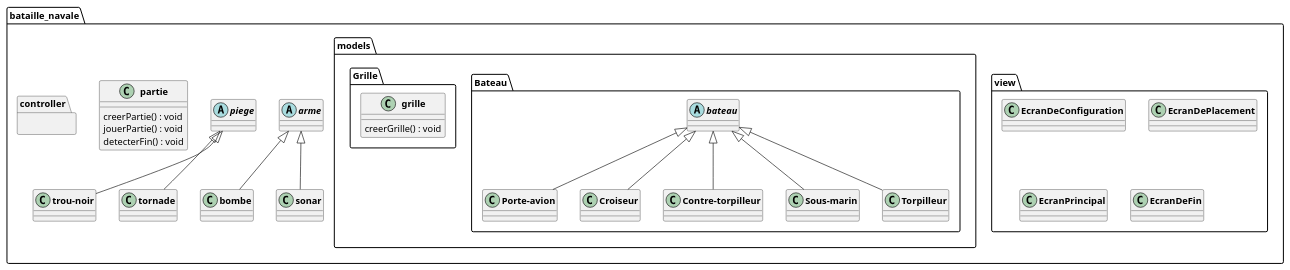
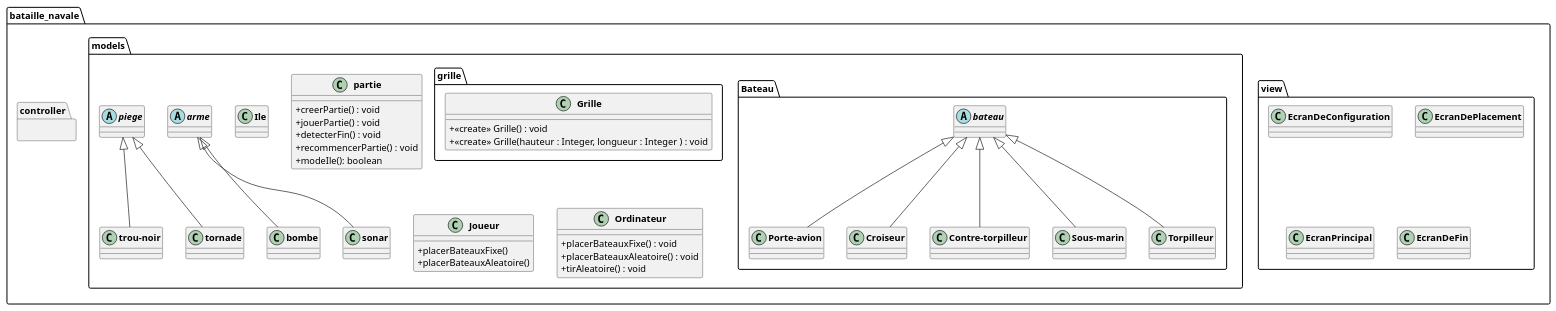
The diagram in bataille_navale_java/semaine1.puml (ferencz49/bataille-navale), drawn with PlantUML before and after one commit.

```diff
--- a/bataille_navale_java/semaine1.puml
+++ b/bataille_navale_java/semaine1.puml
@@ -1,71 +1,86 @@
 @startuml
 skinparam classAttributeIconSize 0
 skinparam classFontStyle Bold
 hide enum methods
 
 
 package bataille_navale{
 
-
-
-    abstract class arme{}
-
-    class bombe extends arme{}
-
-    class sonar extends arme{}
-
-    abstract class piege{}
-
-    class trou-noir extends piege{}
-
-    class tornade extends piege{}
-
-    class partie{
-        creerPartie() : void
-        jouerPartie() : void
-        detecterFin() : void
-    }
 
     package view{
         class EcranDeConfiguration{}
 
         class EcranDePlacement{}
 
         class EcranPrincipal{}
 
         class EcranDeFin{}
     }
     package controller{
 
     }
     package models{
 
         package Bateau{
 
             abstract class bateau{}
 
             class Porte-avion extends bateau{}
 
             class Croiseur extends bateau{}
 
             class Contre-torpilleur extends bateau{}
 
             class Sous-marin extends bateau{}
 
             class Torpilleur extends bateau{}
             }
 
-        package Grille{
+        package grille{
 
-            class grille{
-                creerGrille() : void
+            class Grille{
+                + <<create>> Grille() : void
+                + <<create>> Grille(hauteur : Integer, longueur : Integer ) : void
             }
 
+        }
+
+        class Ile{}
+
+        abstract class arme{}
+
+        class bombe extends arme{}
+
+        class sonar extends arme{}
+
+        abstract class piege{}
+
+        class trou-noir extends piege{}
+
+        class tornade extends piege{}
+
+        class partie{
+            + creerPartie() : void
+            + jouerPartie() : void
+            + detecterFin() : void
+            + recommencerPartie() : void
+            + modeIle(): boolean
+        }
+
+        class Joueur{
+            + placerBateauxFixe()
+            + placerBateauxAleatoire()
+        }
+
+        class Ordinateur{
+            + placerBateauxFixe() : void
+            + placerBateauxAleatoire() : void
+            + tirAleatoire() : void
         }
 
     }
 
 
 }
 
 @enduml
```
